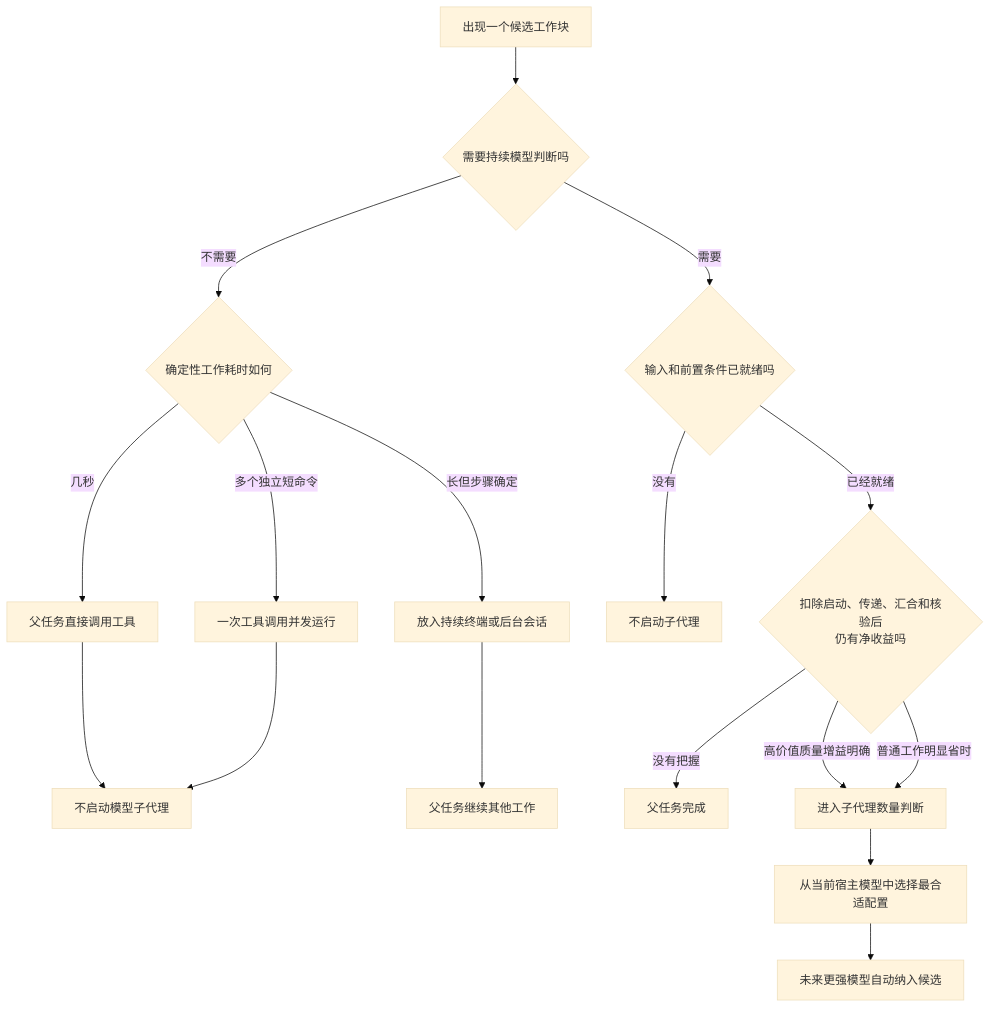
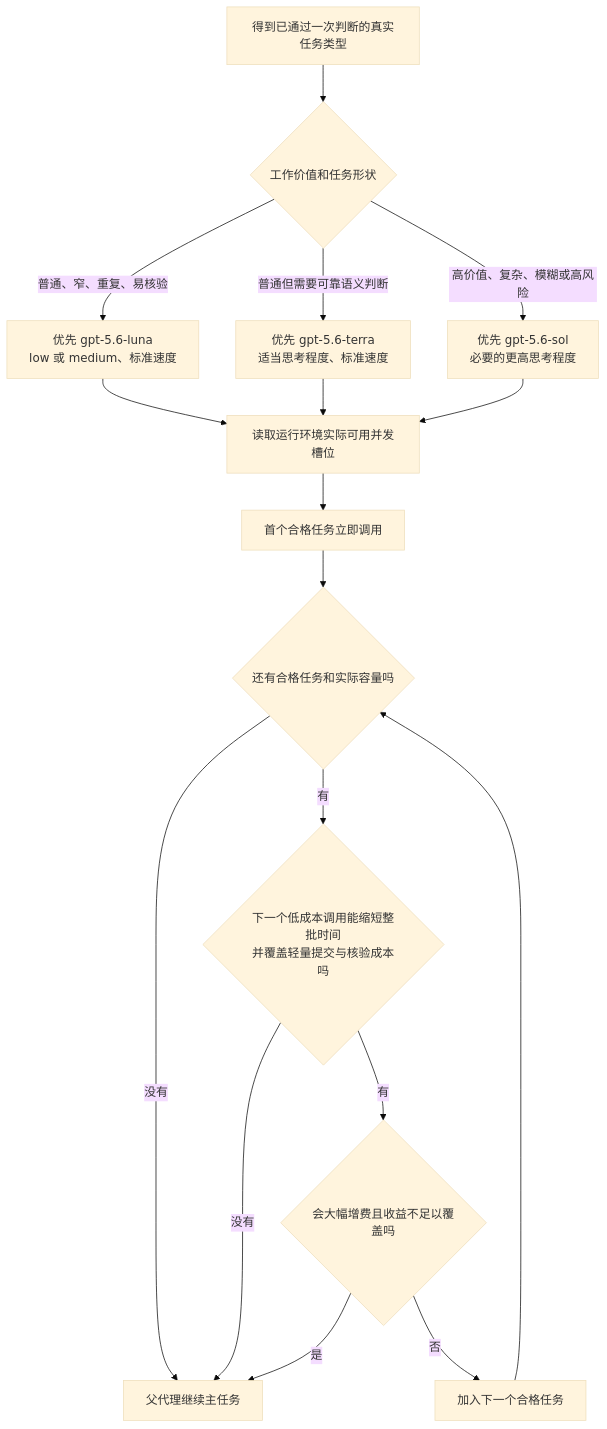
One commit to Lang45/codex-lean-stack changed the third of 13 diagrams in skills/lean-stack/references/flowcharts-zh.md. Above: the diagram before and after it, drawn with Mermaid (base theme). The commit also changed other lines of this file and 25 other files, not shown here.

````diff
--- a/skills/lean-stack/references/flowcharts-zh.md
+++ b/skills/lean-stack/references/flowcharts-zh.md
@@ -37,19 +248,19 @@
 ```mermaid
 flowchart TD
-    A[出现一个候选工作块] --> B{需要持续模型判断吗}
-    B -->|不需要| C{确定性工作耗时如何}
-    C -->|几秒| D[父任务直接调用工具]
-    C -->|多个独立短命令| E[一次工具调用并发运行]
-    C -->|长但步骤确定| F[放入持续终端或后台会话]
-    F --> G[父任务继续其他工作]
-    B -->|需要| H{输入和前置条件已就绪吗}
-    H -->|没有| I[不启动子代理]
-    H -->|已经就绪| J{扣除启动、传递、汇合和核验后<br/>仍有净收益吗}
-    J -->|没有把握| K[父任务完成]
-    J -->|高价值质量增益明确| L[进入子代理数量判断]
-    J -->|普通工作明显省时| L
-    L --> M[从当前宿主模型中选择最合适配置]
-    M --> N[未来更强模型自动纳入候选]
-    D --> O[不启动模型子代理]
-    E --> O
+    A[得到已通过一次判断的真实任务类型] --> A0{工作价值和任务形状}
+    A0 -->|普通、窄、重复、易核验| AL[优先 gpt-5.6-luna<br/>low 或 medium、标准速度]
+    A0 -->|普通但需要可靠语义判断| AT[优先 gpt-5.6-terra<br/>适当思考程度、标准速度]
+    A0 -->|高价值、复杂、模糊或高风险| AS[优先 gpt-5.6-sol<br/>必要的更高思考程度]
+    AL --> B[读取运行环境实际可用并发槽位]
+    AT --> B
+    AS --> B
+    B --> C[首个合格任务立即调用]
+    C --> D{还有合格任务和实际容量吗}
+    D -->|没有| E[父代理继续主任务]
+    D -->|有| F{下一个低成本调用能缩短整批时间<br/>并覆盖轻量提交与核验成本吗}
+    F -->|没有| E
+    F -->|有| G{会大幅增费且收益不足以覆盖吗}
+    G -->|是| E
+    G -->|否| H[加入下一个合格任务]
+    H --> D
 ```
````
